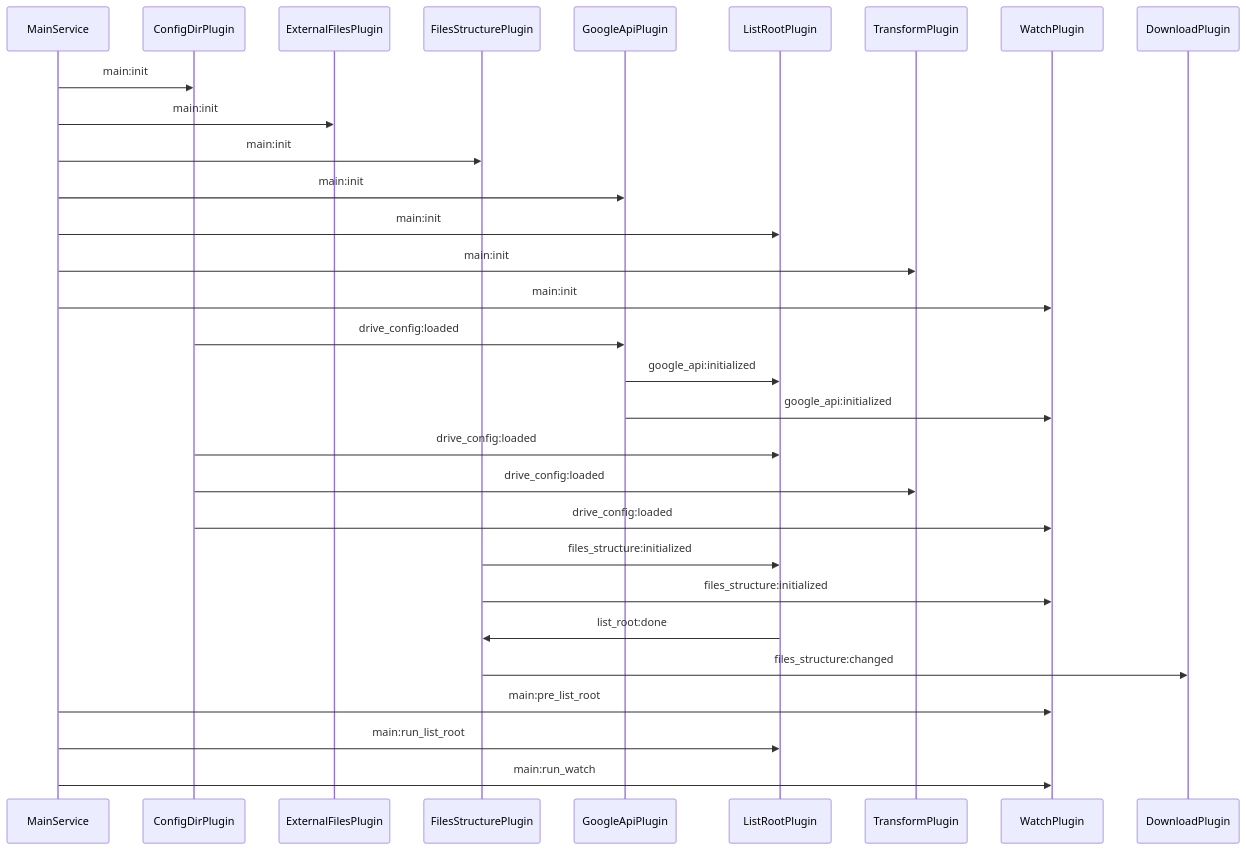
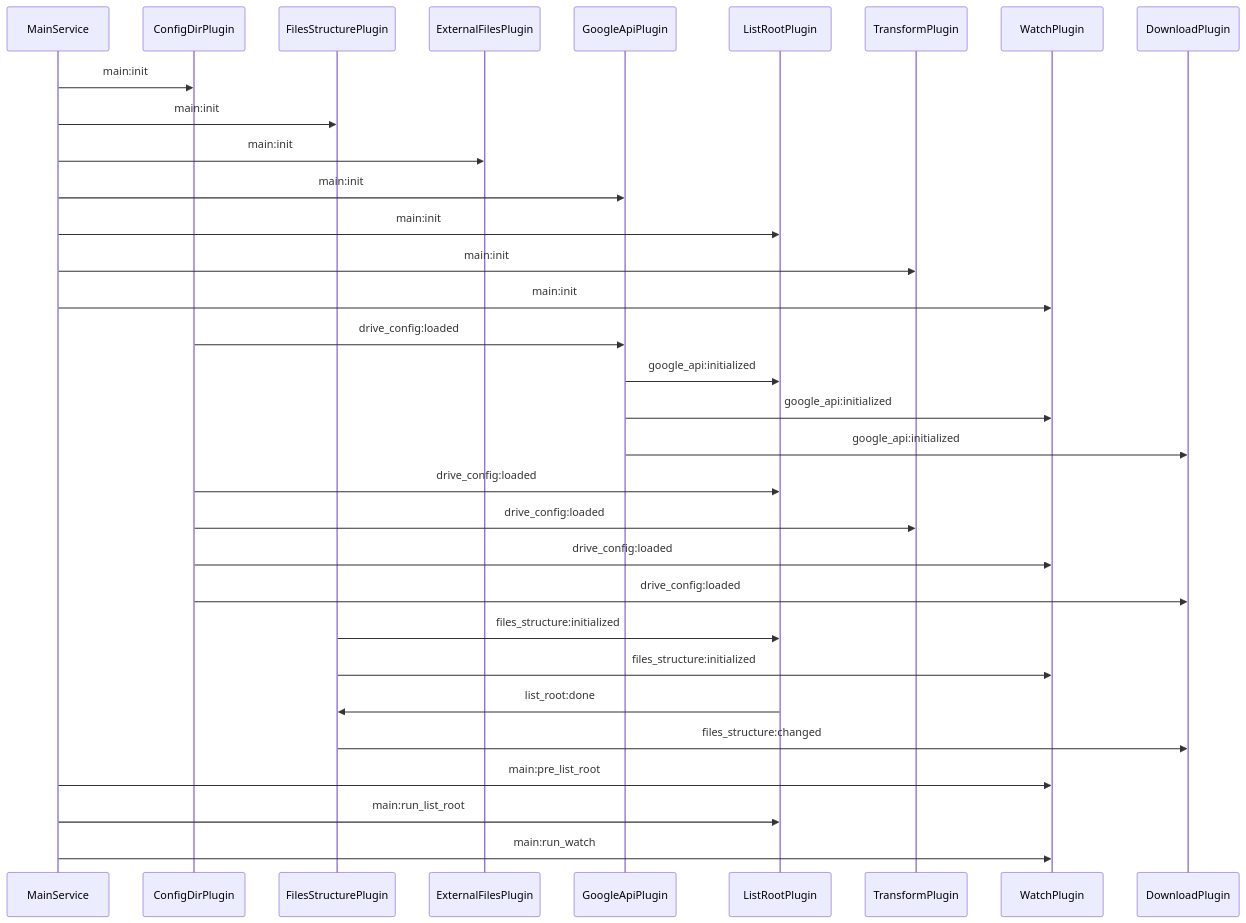
One commit to mieweb/wikiGDrive changed the diagram in docs/plugin_sequence.mmd. Above: the diagram before and after it, drawn with Mermaid. The commit also changed 12 other files, not shown here.

```diff
--- a/docs/plugin_sequence.mmd
+++ b/docs/plugin_sequence.mmd
@@ -1,24 +1,26 @@
 sequenceDiagram
     MainService ->> ConfigDirPlugin: main:init
+    MainService ->> FilesStructurePlugin: main:init
     MainService ->> ExternalFilesPlugin: main:init
-    MainService ->> FilesStructurePlugin: main:init
     MainService ->> GoogleApiPlugin: main:init
     MainService ->> ListRootPlugin: main:init
     MainService ->> TransformPlugin: main:init
     MainService ->> WatchPlugin: main:init
 
     ConfigDirPlugin ->> GoogleApiPlugin: drive_config:loaded
     GoogleApiPlugin ->> ListRootPlugin: google_api:initialized
     GoogleApiPlugin ->> WatchPlugin: google_api:initialized
+    GoogleApiPlugin ->> DownloadPlugin: google_api:initialized
     ConfigDirPlugin ->> ListRootPlugin: drive_config:loaded
     ConfigDirPlugin ->> TransformPlugin: drive_config:loaded
     ConfigDirPlugin ->> WatchPlugin: drive_config:loaded
+    ConfigDirPlugin ->> DownloadPlugin: drive_config:loaded
     FilesStructurePlugin ->> ListRootPlugin: files_structure:initialized
     FilesStructurePlugin ->> WatchPlugin: files_structure:initialized
 
     ListRootPlugin ->> FilesStructurePlugin: list_root:done
     FilesStructurePlugin ->> DownloadPlugin: files_structure:changed
 
     MainService ->> WatchPlugin: main:pre_list_root
     MainService ->> ListRootPlugin: main:run_list_root
     MainService ->> WatchPlugin: main:run_watch
```
